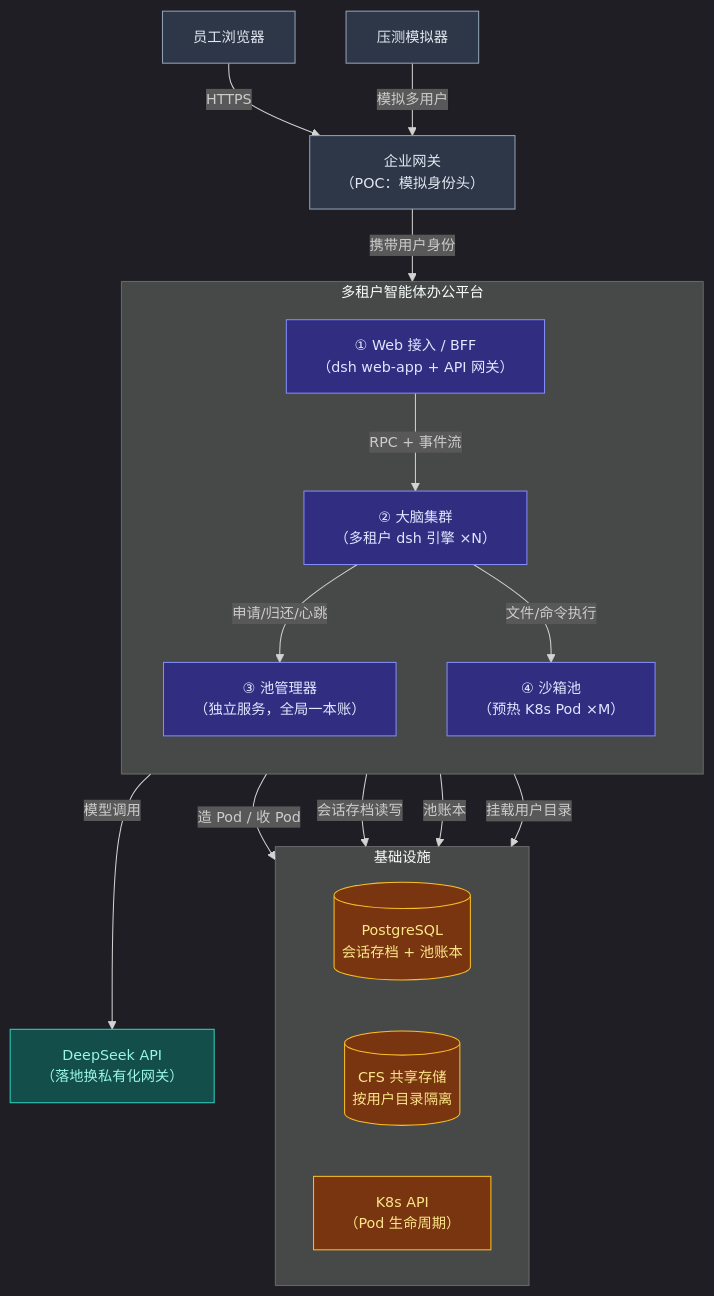
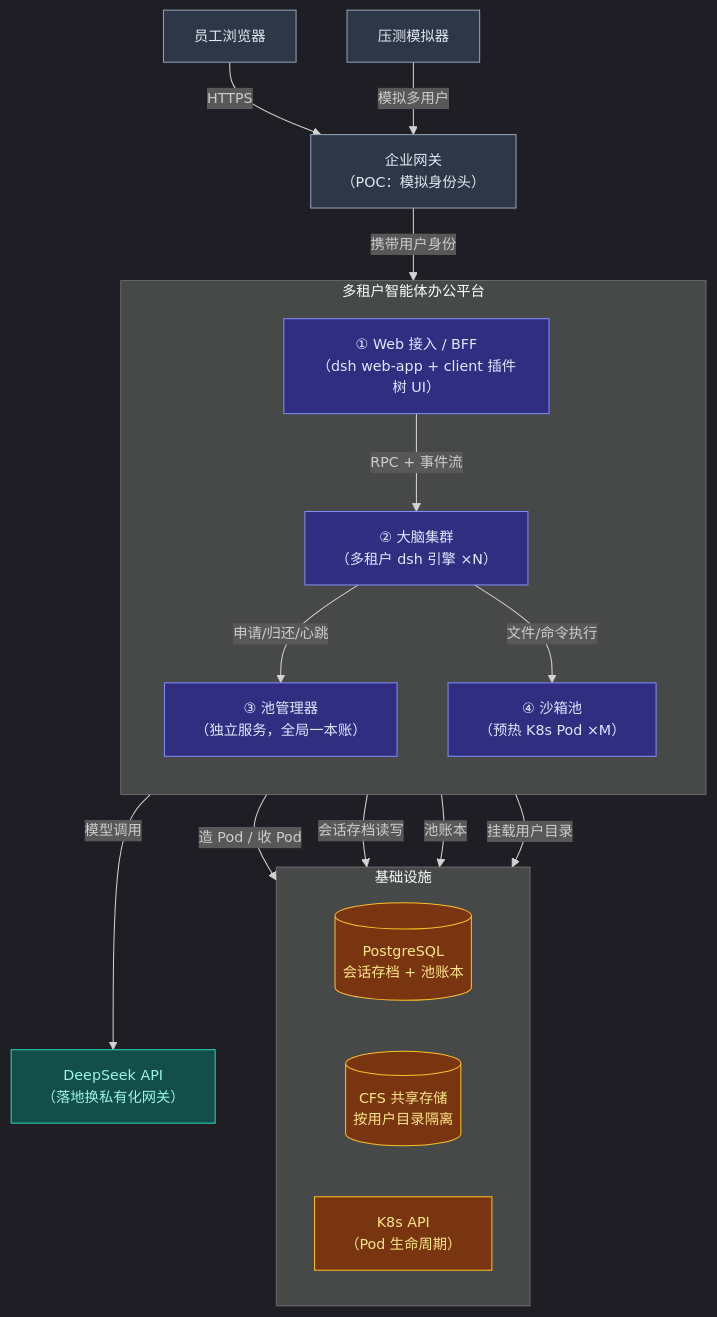
Before and after one commit to lzhshen/deepseek-harness: the first of 14 diagrams in design-docs/workbuddy-pool-design.md, drawn with Mermaid. The commit also changed other lines of this file and 2 other files, not shown here.

First line of the commit message:
docs(pool): add plugin-tenancy acceptance (V1-V3) and DSH-assembly verification

````diff
--- a/design-docs/workbuddy-pool-design.md
+++ b/design-docs/workbuddy-pool-design.md
@@ -70,50 +87,50 @@
 ```mermaid
 %%{init: {'theme':'dark', 'themeVariables': {'fontSize':'14px'}}}%%
 flowchart TB
 %% ========== 左侧：调用方 ==========
 User["员工浏览器"]
 Loader["压测模拟器"]
 GW["企业网关<br/>（POC：模拟身份头）"]
 
 %% ========== 中间：本平台 ==========
 subgraph Platform["多租户智能体办公平台"]
     direction TB
-    BFF["① Web 接入 / BFF<br/>（dsh web-app + API 网关）"]
+    BFF["① Web 接入 / BFF<br/>（dsh web-app + client 插件树 UI）"]
     Engine["② 大脑集群<br/>（多租户 dsh 引擎 ×N）"]
     Pool["③ 池管理器<br/>（独立服务，全局一本账）"]
     Sandboxes["④ 沙箱池<br/>（预热 K8s Pod ×M）"]
 end
 
 %% ========== 右侧：下游 ==========
 LLM["DeepSeek API<br/>（落地换私有化网关）"]
 
 %% ========== 底部：基础设施 ==========
 subgraph Infra["基础设施"]
     direction LR
     PG[("PostgreSQL<br/>会话存档 + 池账本")]
     CFS[("CFS 共享存储<br/>按用户目录隔离")]
     K8s["K8s API<br/>（Pod 生命周期）"]
 end
 
 User -->|"HTTPS"| GW
 Loader -->|"模拟多用户"| GW
 GW -->|"携带用户身份"| BFF
 BFF -->|"RPC + 事件流"| Engine
 Engine -->|"申请/归还/心跳"| Pool
 Pool -->|"造 Pod / 收 Pod"| K8s
 Engine -->|"文件/命令执行"| Sandboxes
 Engine -->|"会话存档读写"| PG
 Pool -->|"池账本"| PG
 Sandboxes -->|"挂载用户目录"| CFS
 Engine -->|"模型调用"| LLM
 
 classDef external fill:#2d3748,stroke:#94a3b8,color:#e2e8f0
 classDef platform fill:#312e81,stroke:#818cf8,color:#e0e7ff
 classDef downstream fill:#134e4a,stroke:#2dd4bf,color:#99f6e4
 classDef infra fill:#78350f,stroke:#fbbf24,color:#fde68a
 
 class User,Loader,GW external
 class BFF,Engine,Pool,Sandboxes platform
 class LLM downstream
 class PG,CFS,K8s infra
 ```
````
